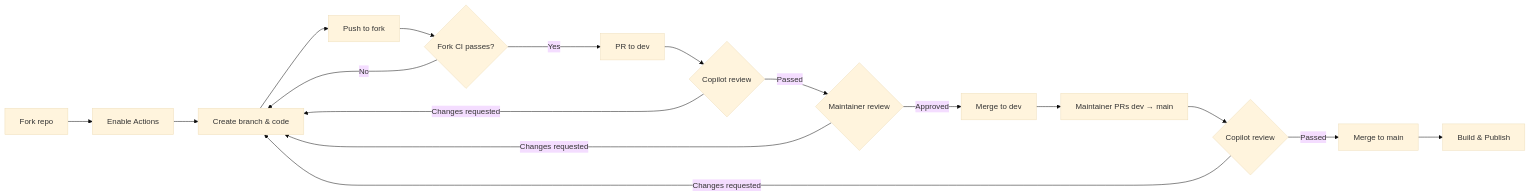
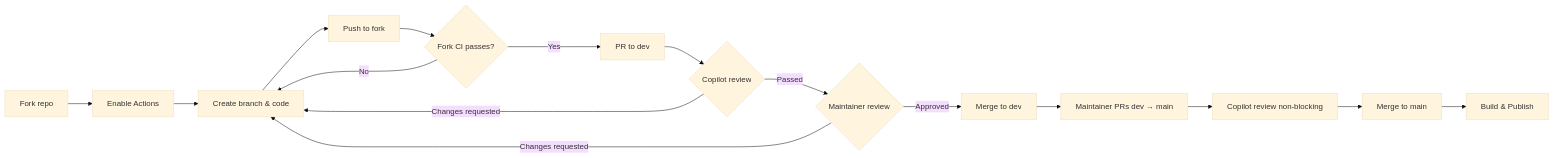
The diagram in CONTRIBUTING.md (whw23/searxng_http_mcp), drawn with Mermaid (base theme) before and after one commit. The commit also changed other lines of this file, not shown here.

Commit message:
docs: clarify dev→main Copilot review is non-blocking

````diff
--- a/CONTRIBUTING.md
+++ b/CONTRIBUTING.md
@@ -7,19 +7,18 @@
 ```mermaid
 graph LR
     A[Fork repo] --> B[Enable Actions]
     B --> C[Create branch & code]
     C --> D[Push to fork]
     D --> E{Fork CI passes?}
     E -->|No| C
     E -->|Yes| F[PR to dev]
     F --> G{Copilot review}
     G -->|Changes requested| C
     G -->|Passed| H{Maintainer review}
     H -->|Changes requested| C
     H -->|Approved| I[Merge to dev]
     I --> J[Maintainer PRs dev → main]
-    J --> K{Copilot review}
-    K -->|Changes requested| C
-    K -->|Passed| L[Merge to main]
+    J --> K[Copilot review non-blocking]
+    K --> L[Merge to main]
     L --> M[Build & Publish]
 ```
````
